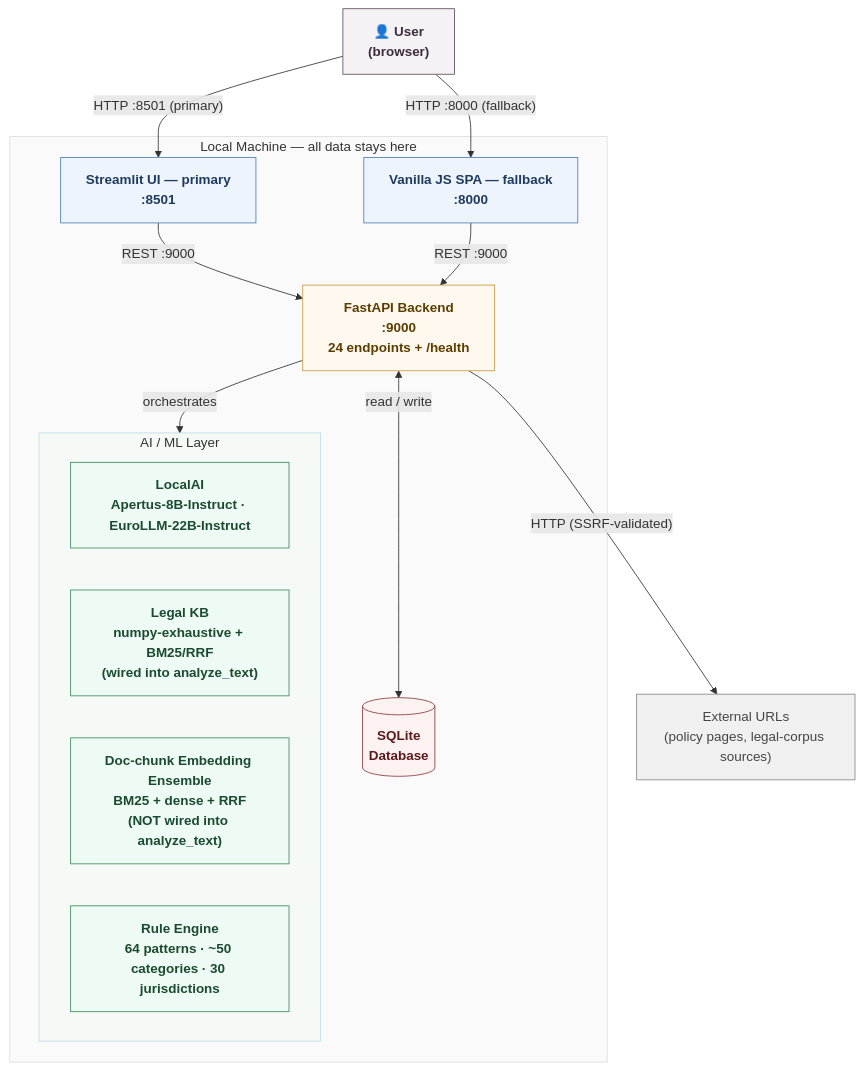
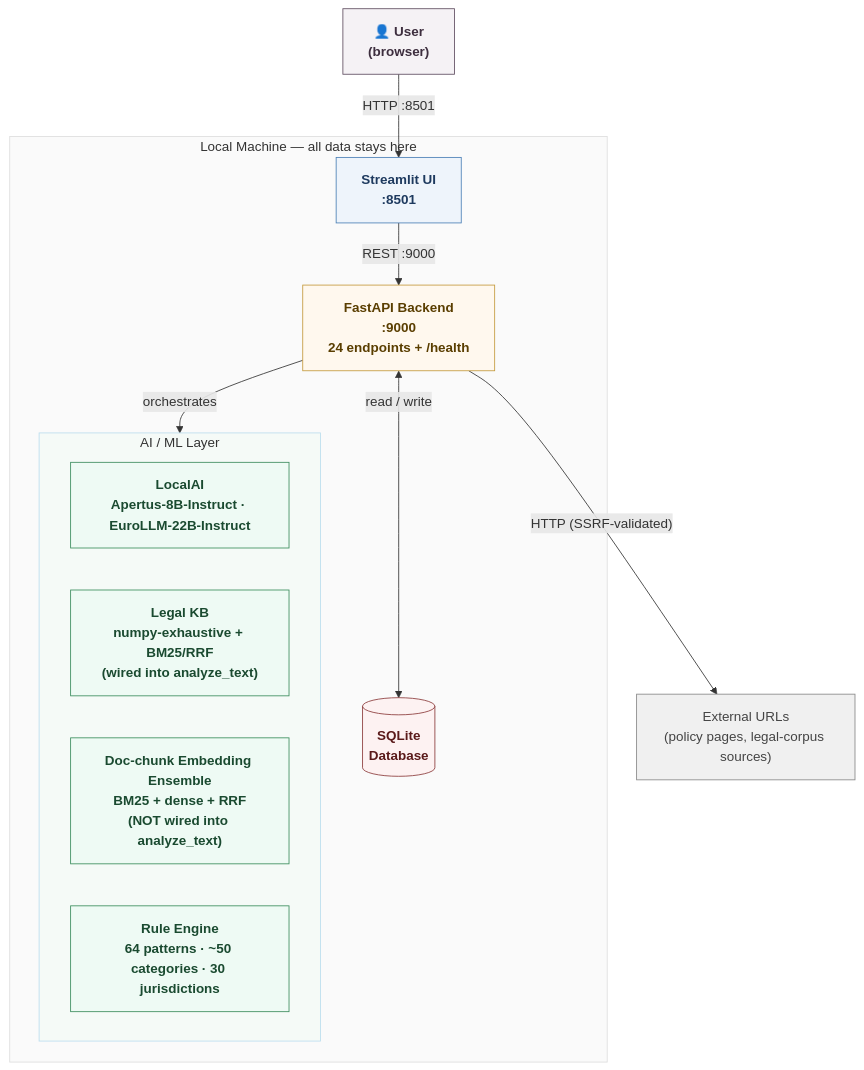
One commit to jennifer-mckinney/terms-analysis changed the first of 4 diagrams in docs/architecture-diagrams.md. Above: the diagram before and after it, drawn with Mermaid. The commit also changed other lines of this file and 14 other files, not shown here.

First line of the commit message:
refactor: retire vanilla JS SPA fallback; Streamlit v2 is the sole UI

````diff
--- a/docs/architecture-diagrams.md
+++ b/docs/architecture-diagrams.md
@@ -9,39 +9,36 @@
 ```mermaid
 graph TB
     classDef user     fill:#f5f2f5,stroke:#5e4c5f,color:#3d2e3e,font-weight:600
     classDef frontend fill:#eef4fb,stroke:#4a7fb5,color:#1e3a5f,font-weight:600
     classDef backend  fill:#fff8ee,stroke:#c49a3c,color:#5a3e00,font-weight:600
     classDef ai       fill:#eefaf4,stroke:#3a8c5c,color:#1a4a30,font-weight:600
     classDef data     fill:#fdf2f2,stroke:#8b3a3a,color:#5a1a1a,font-weight:600
     classDef ext      fill:#f0f0f0,stroke:#888,color:#444
 
     USER["👤 User\n(browser)"]:::user
 
     subgraph LOCAL ["Local Machine — all data stays here"]
-        FE1["Streamlit UI — primary\n:8501"]:::frontend
-        FE2["Vanilla JS SPA — fallback\n:8000"]:::frontend
+        FE1["Streamlit UI\n:8501"]:::frontend
         BE["FastAPI Backend\n:9000\n24 endpoints + /health"]:::backend
 
         subgraph AI ["AI / ML Layer"]
             LLM["LocalAI\nApertus-8B-Instruct · EuroLLM-22B-Instruct"]:::ai
             LKB["Legal KB\nnumpy-exhaustive + BM25/RRF\n(wired into analyze_text)"]:::ai
             EMB["Doc-chunk Embedding Ensemble\nBM25 + dense + RRF\n(NOT wired into analyze_text)"]:::ai
             RULES["Rule Engine\n64 patterns · ~50 categories · 30 jurisdictions"]:::ai
         end
 
         DB[("SQLite\nDatabase")]:::data
     end
 
     EXT["External URLs\n(policy pages, legal-corpus sources)"]:::ext
 
-    USER -->|"HTTP :8501 (primary)"| FE1
-    USER -->|"HTTP :8000 (fallback)"| FE2
+    USER -->|"HTTP :8501"| FE1
     FE1  -->|"REST :9000"| BE
-    FE2  -->|"REST :9000"| BE
     BE   -->|orchestrates| AI
     BE   <-->|read / write| DB
     BE   -->|"HTTP (SSRF-validated)"| EXT
 
     style LOCAL fill:#fafafa,stroke:#ddd
     style AI    fill:#f5faf7,stroke:#bde
 ```
````
